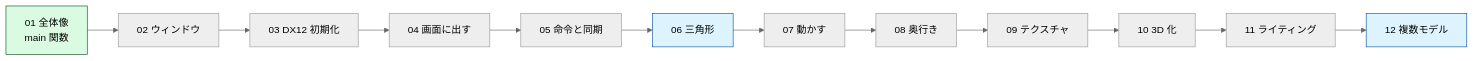
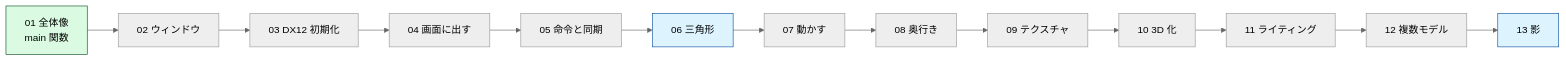
The diagram in docs/tutorial/README.md (Tomonorarari-Think/DirectX12Dev), drawn with Mermaid (neutral theme) before and after one commit. The commit also changed other lines of this file and 19 other files, not shown here.

````diff
--- a/docs/tutorial/README.md
+++ b/docs/tutorial/README.md
@@ -36,18 +37,19 @@
 ```mermaid
 flowchart LR
     A["01 全体像<br/>main 関数"] --> B["02 ウィンドウ"]
     B --> C["03 DX12 初期化"]
     C --> D["04 画面に出す"]
     D --> E["05 命令と同期"]
     E --> F["06 三角形"]
     F --> G["07 動かす"]
     G --> H["08 奥行き"]
     H --> I["09 テクスチャ"]
     I --> J["10 3D 化"]
     J --> K["11 ライティング"]
     K --> L["12 複数モデル"]
+    L --> M["13 影"]
 
     style A fill:#dafbe1,stroke:#0d4f21
     style F fill:#ddf4ff,stroke:#0a4f9e
-    style L fill:#ddf4ff,stroke:#0a4f9e
+    style M fill:#ddf4ff,stroke:#0a4f9e
 ```
````
